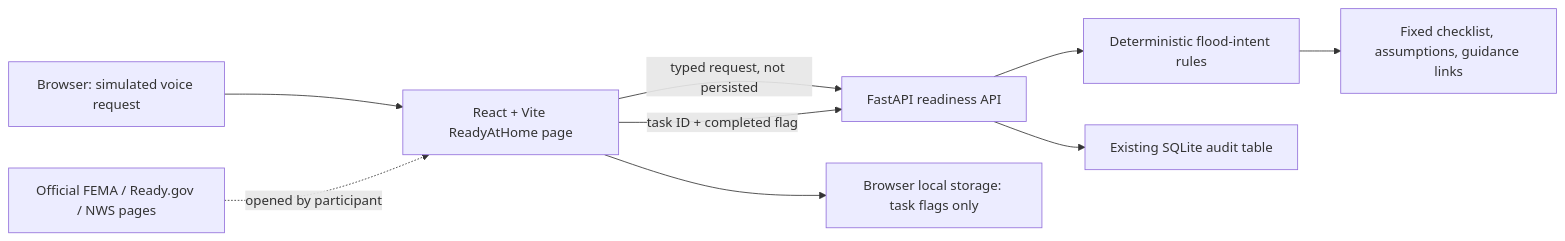
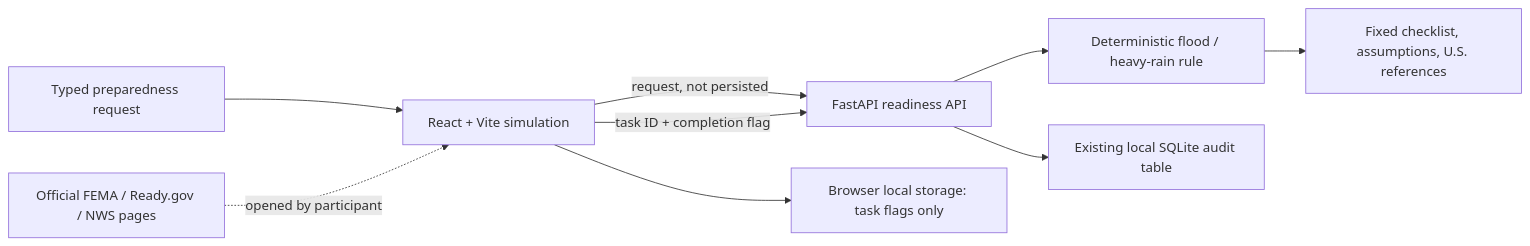
The diagram in README.md (NikhilRaman12/RescueNet-AI), drawn with Mermaid before and after one commit. The commit also changed other lines of this file and 35 other files, not shown here.

Commit message:
feat: finalize ReadyAtHome submission build

```diff
--- a/README.md
+++ b/README.md
@@ -80,11 +104,11 @@
 ~~~mermaid
 flowchart LR
-  U[Browser: simulated voice request] --> P[React + Vite ReadyAtHome page]
-  P -->|typed request, not persisted| A[FastAPI readiness API]
-  A --> D[Deterministic flood-intent rules]
-  D --> C[Fixed checklist, assumptions, guidance links]
-  P -->|task ID + completed flag| A
-  A --> S[Existing SQLite audit table]
-  P --> L[Browser local storage: task flags only]
-  G[Official FEMA / Ready.gov / NWS pages] -. opened by participant .-> P
+  U[Typed preparedness request] --> UI[React + Vite simulation]
+  UI -->|request, not persisted| API[FastAPI readiness API]
+  API --> RULES[Deterministic flood / heavy-rain rule]
+  RULES --> PLAN[Fixed checklist, assumptions, U.S. references]
+  UI -->|task ID + completion flag| API
+  API --> DB[Existing local SQLite audit table]
+  UI --> STORE[Browser local storage: task flags only]
+  GOV[Official FEMA / Ready.gov / NWS pages] -. opened by participant .-> UI
 ~~~
```
